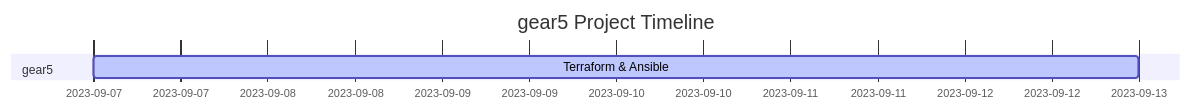
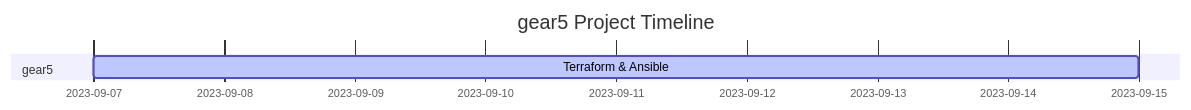
The diagram in README.md (mindriddler/terraform_ansible_pipeline), drawn with Mermaid before and after one commit. The commit also changed other lines of this file, not shown here.

````diff
--- a/README.md
+++ b/README.md
@@ -106,9 +116,9 @@
 ```mermaid
 gantt
     dateFormat  YYYY-MM-DD
     title       gear5 Project Timeline
 
     section gear5
-    Terraform & Ansible      :active, 2023-09-07, 2023-09-13
+    Terraform & Ansible      :active, 2023-09-07, 2023-09-15
     
 ```
````
